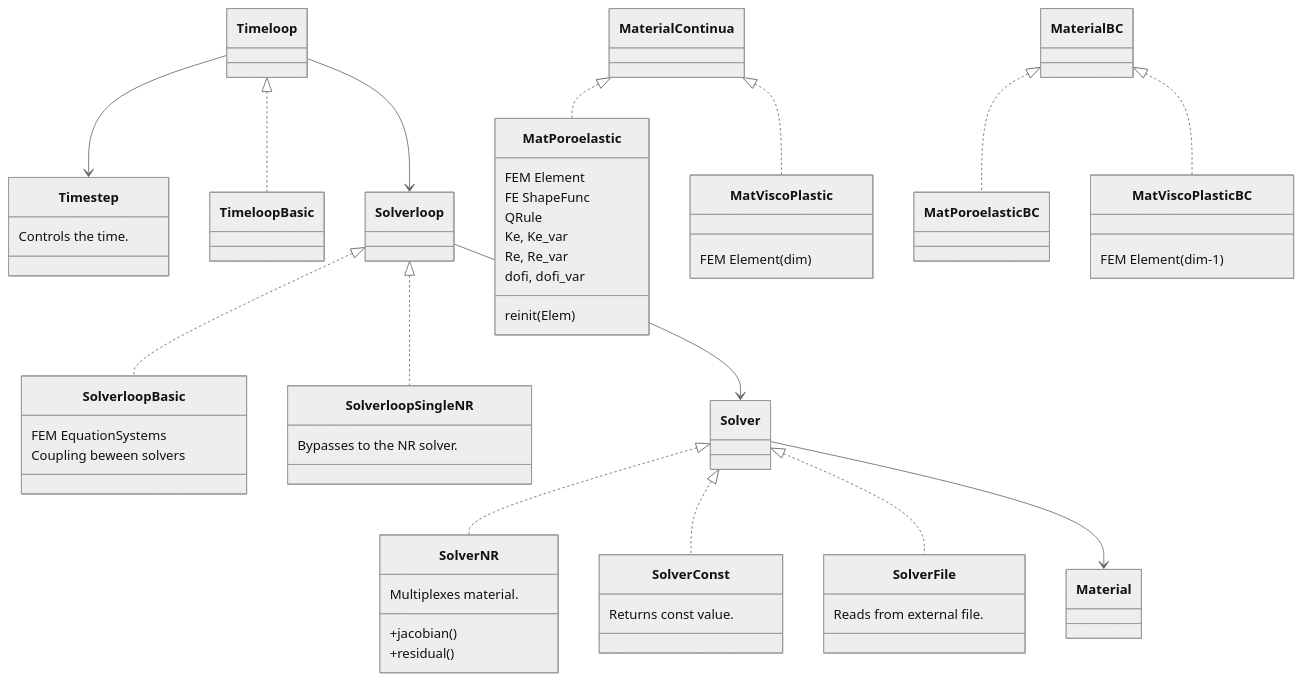
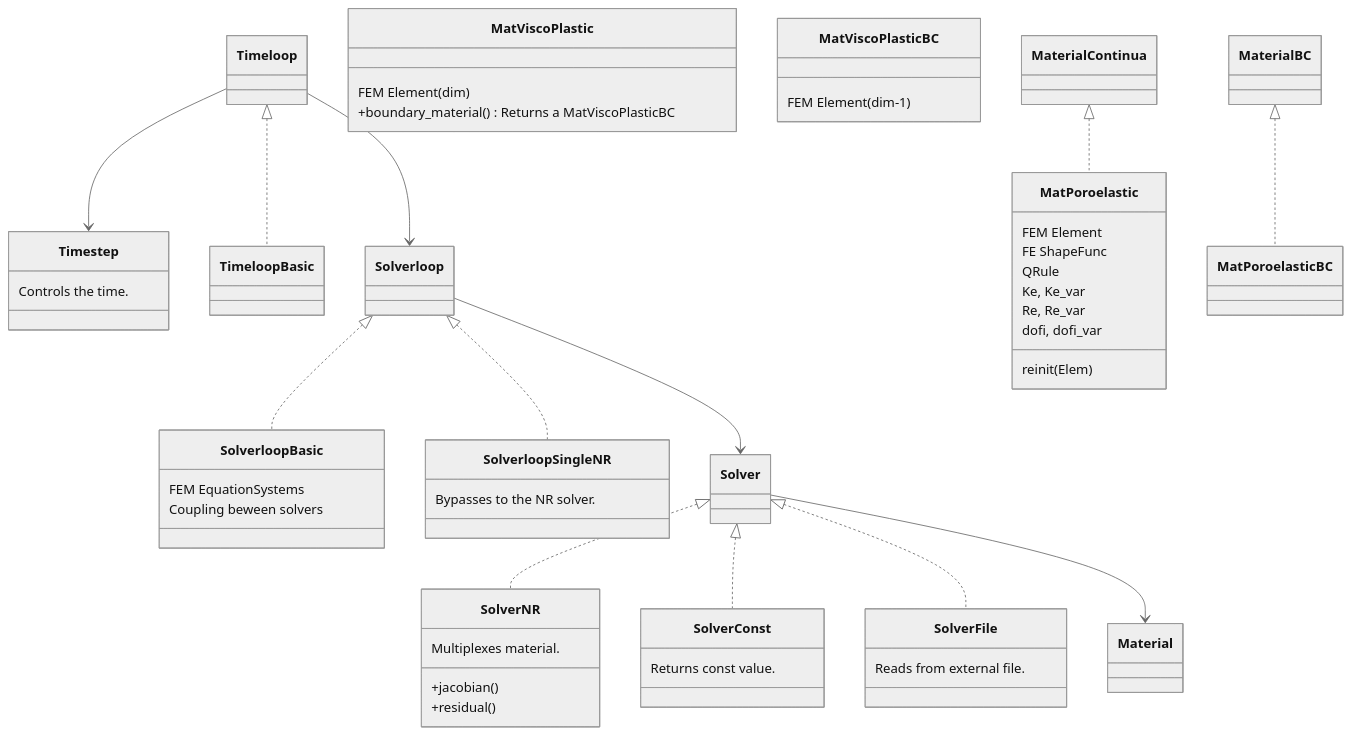
Before and after one commit to rebpoli/harpy: the second of 2 diagrams in doc/Description.md, drawn with Mermaid (neutral theme). The commit also changed other lines of this file, not shown here.

````diff
--- a/doc/Description.md
+++ b/doc/Description.md
@@ -150,70 +139,71 @@
 ```mermaid
 classDiagram
     Timeloop --> Timestep
 
     Solverloop <|.. SolverloopBasic
 
 
     class Timestep {
         Controls the time.
     }
 
 %% Implementations
     class SolverloopBasic {
         FEM EquationSystems
         Coupling beween solvers
     }
 
-    class MatViscoPlastic { FEM Element(dim) }
+    class MatViscoPlastic { 
+        FEM Element(dim) 
+        +boundary_material() Returns a MatViscoPlasticBC
+    }
     class MatViscoPlasticBC { FEM Element(dim-1) }
 
     class MatPoroelastic {
         FEM Element 
         FE ShapeFunc
         QRule
         Ke, Ke_var
         Re, Re_var
         dofi, dofi_var
         reinit(Elem)
     }
 
     class SolverloopSingleNR { Bypasses to the NR solver. } 
 
     class SolverConst { Returns const value.  }
     class SolverFile { Reads from external file. }
     class SolverNR { 
         Multiplexes material.
         
         +jacobian()
         +residual()
         }
 
 %% Dependencies
 
 %% Interfaces << implementations
     Timeloop <|.. TimeloopBasic
     MaterialContinua <|.. MatPoroelastic
     MaterialBC <|.. MatPoroelasticBC
-    MaterialContinua <|.. MatViscoPlastic
-    MaterialBC <|.. MatViscoPlasticBC
     Solverloop <|.. SolverloopSingleNR
 
     Solver <|.. SolverNR
     Solver <|.. SolverConst
     Solver <|.. SolverFile
 
     Timeloop --> Solverloop
     Solverloop --> Solver
     Solver --> Material
 
 %%
 %% classA <|-- classB    // Inheritance (B inherits from A)
 %% classA <|.. classB    // Implementation (B implements A)
 %% classA *-- classB     // Composition (B is part of A)
 %% classA o-- classB     // Aggregation (B is used by A)
 %% classA --> classB     // Association (A references B)
 %% classA ..> classB     // Dependency (A depends on B)
 %% classA ..|> classB    // Realization (B realizes A)
 %% classA <--> classB    // Bidirectional association
 
 ```
````
